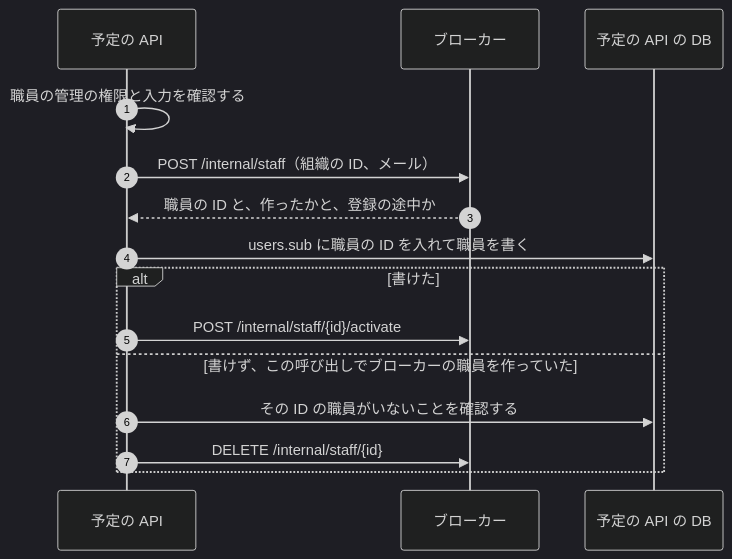
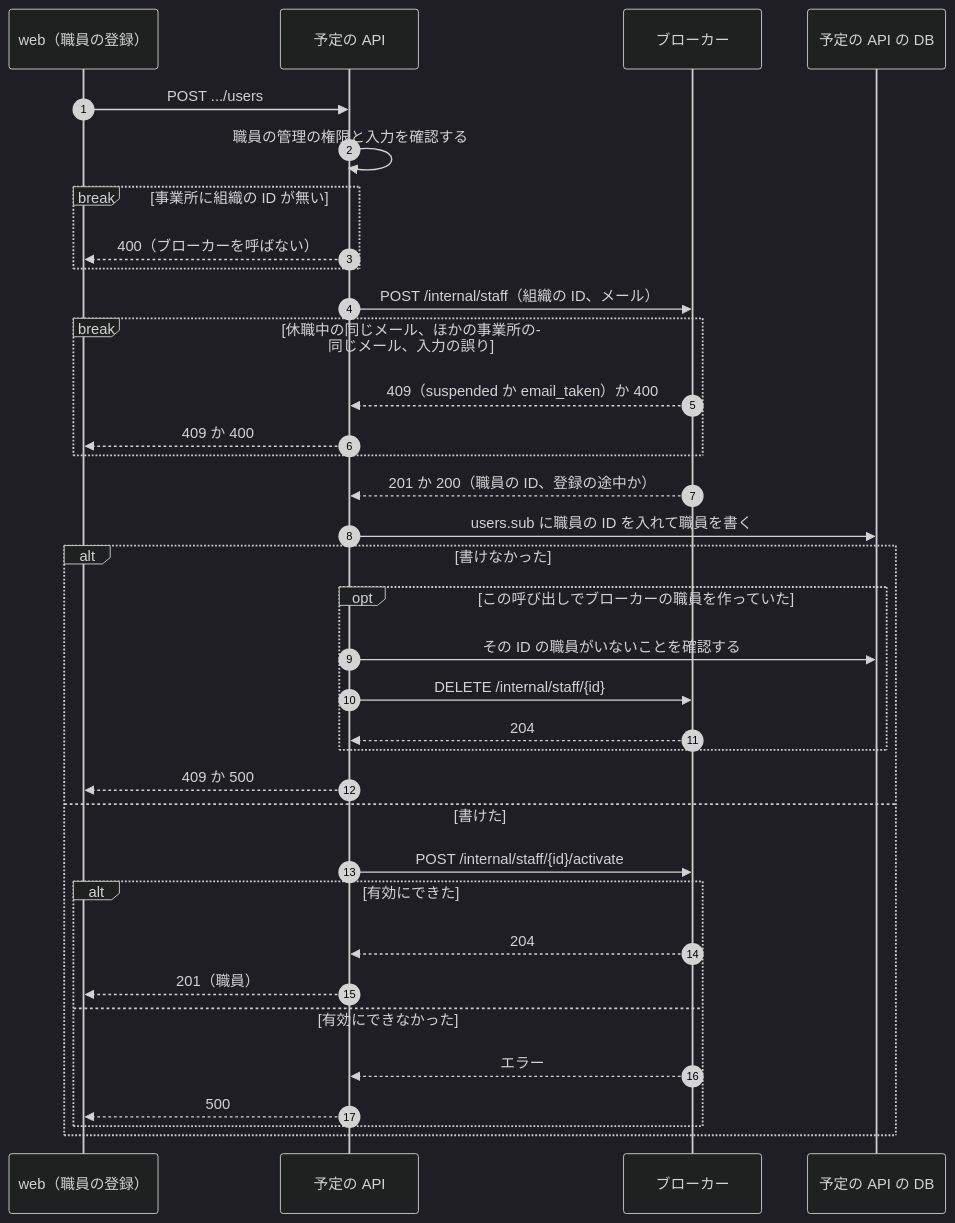
One commit to Fukuemon/buddy changed the fifth of 8 diagrams in services/broker/DesignDoc.md. Above: the diagram before and after it, drawn with Mermaid (dark theme). The commit also changed other lines of this file, not shown here.

First line of the commit message:
docs(broker): ログインと登録とログアウトの図に、拒む道と呼び出し元への戻りを描く #428

````diff
--- a/services/broker/DesignDoc.md
+++ b/services/broker/DesignDoc.md
@@ -226,17 +265,37 @@
 ```mermaid
 sequenceDiagram
   autonumber
+  participant W as web（職員の登録）
   participant A as 予定の API
   participant K as ブローカー
   participant DB as 予定の API の DB
+  W->>A: POST .../users
   A->>A: 職員の管理の権限と入力を確認する
+  break 事業所に組織の ID が無い
+    A-->>W: 400（ブローカーを呼ばない）
+  end
   A->>K: POST /internal/staff（組織の ID、メール）
-  K-->>A: 職員の ID と、作ったかと、登録の途中か
+  break 休職中の同じメール、ほかの事業所の同じメール、入力の誤り
+    K-->>A: 409（suspended か email_taken）か 400
+    A-->>W: 409 か 400
+  end
+  K-->>A: 201 か 200（職員の ID、登録の途中か）
   A->>DB: users.sub に職員の ID を入れて職員を書く
-  alt 書けた
+  alt 書けなかった
+    opt この呼び出しでブローカーの職員を作っていた
+      A->>DB: その ID の職員がいないことを確認する
+      A->>K: DELETE /internal/staff/{id}
+      K-->>A: 204
+    end
+    A-->>W: 409 か 500
+  else 書けた
     A->>K: POST /internal/staff/{id}/activate
-  else 書けず、この呼び出しでブローカーの職員を作っていた
-    A->>DB: その ID の職員がいないことを確認する
-    A->>K: DELETE /internal/staff/{id}
+    alt 有効にできた
+      K-->>A: 204
+      A-->>W: 201（職員）
+    else 有効にできなかった
+      K-->>A: エラー
+      A-->>W: 500
+    end
   end
 ```
````
